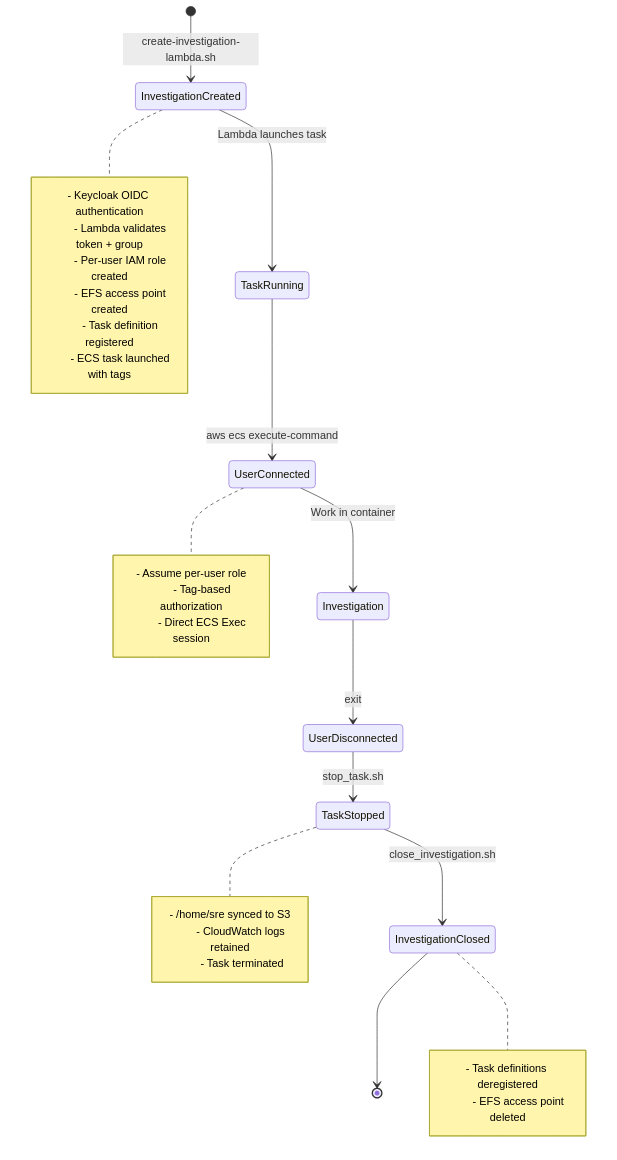
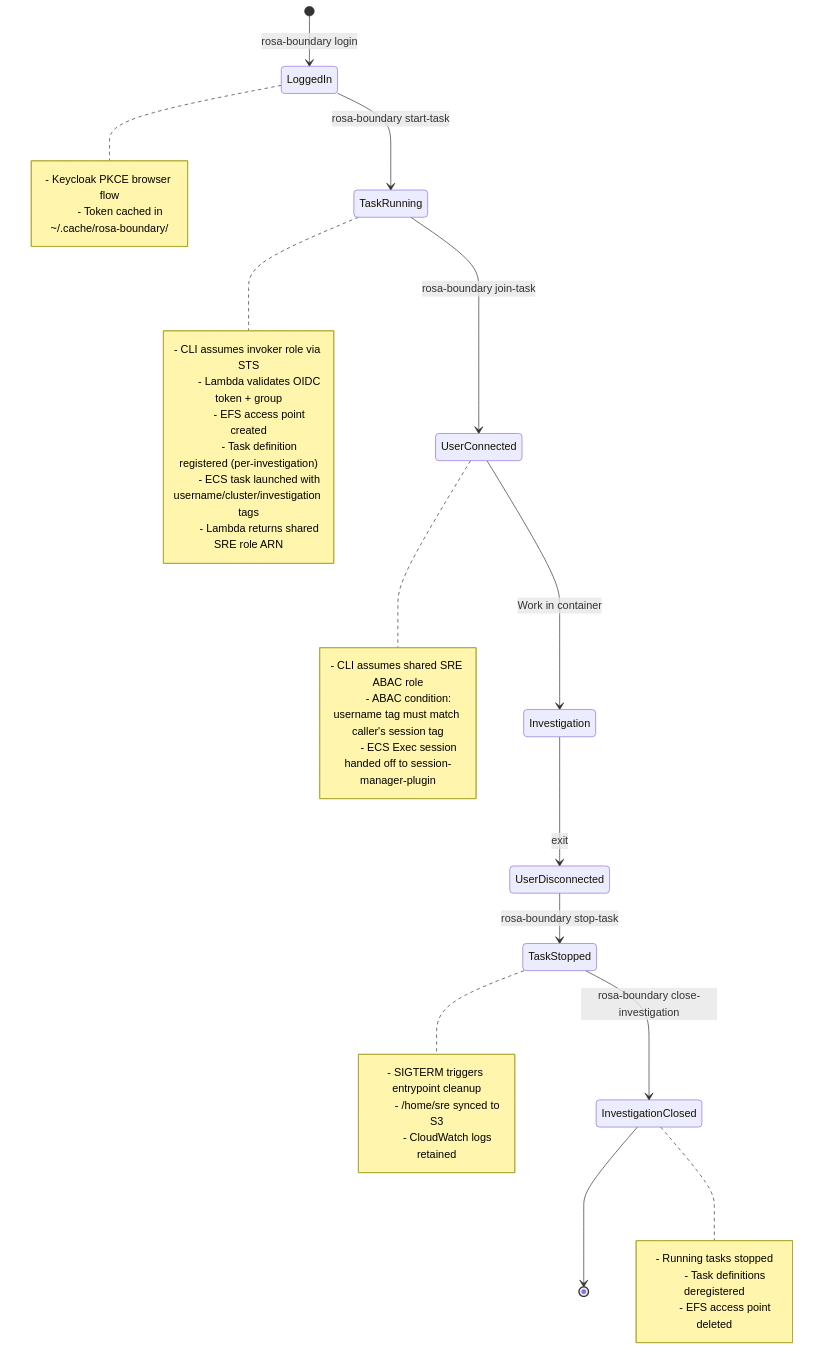
The diagram in docs/runbooks/investigation-workflow.md (openshift-online/rosa-boundary), drawn with Mermaid before and after one commit. The commit also changed other lines of this file and 6 other files, not shown here.

First line of the commit message:
fix(ecs-exec): resolve session connectivity and update docs/tests

````diff
--- a/docs/runbooks/investigation-workflow.md
+++ b/docs/runbooks/investigation-workflow.md
@@ -9,37 +11,43 @@
 ```mermaid
 stateDiagram-v2
-    [*] --> InvestigationCreated: create-investigation-lambda.sh
-    InvestigationCreated --> TaskRunning: Lambda launches task
-    TaskRunning --> UserConnected: aws ecs execute-command
+    [*] --> LoggedIn: rosa-boundary login
+    LoggedIn --> TaskRunning: rosa-boundary start-task
+    TaskRunning --> UserConnected: rosa-boundary join-task
     UserConnected --> Investigation: Work in container
     Investigation --> UserDisconnected: exit
-    UserDisconnected --> TaskStopped: stop_task.sh
-    TaskStopped --> InvestigationClosed: close_investigation.sh
+    UserDisconnected --> TaskStopped: rosa-boundary stop-task
+    TaskStopped --> InvestigationClosed: rosa-boundary close-investigation
     InvestigationClosed --> [*]
 
-    note right of InvestigationCreated
-        - Keycloak OIDC authentication
-        - Lambda validates token + group
-        - Per-user IAM role created
+    note right of LoggedIn
+        - Keycloak PKCE browser flow
+        - Token cached in ~/.cache/rosa-boundary/
+    end note
+
+    note right of TaskRunning
+        - CLI assumes invoker role via STS
+        - Lambda validates OIDC token + group
         - EFS access point created
-        - Task definition registered
-        - ECS task launched with tags
+        - Task definition registered (per-investigation)
+        - ECS task launched with username/cluster/investigation tags
+        - Lambda returns shared SRE role ARN
     end note
 
     note right of UserConnected
-        - Assume per-user role
-        - Tag-based authorization
-        - Direct ECS Exec session
+        - CLI assumes shared SRE ABAC role
+        - ABAC condition: username tag must match caller's session tag
+        - ECS Exec session handed off to session-manager-plugin
     end note
 
     note right of TaskStopped
+        - SIGTERM triggers entrypoint cleanup
         - /home/sre synced to S3
         - CloudWatch logs retained
-        - Task terminated
     end note
 
     note right of InvestigationClosed
+        - Running tasks stopped
         - Task definitions deregistered
         - EFS access point deleted
     end note
 ```
````
